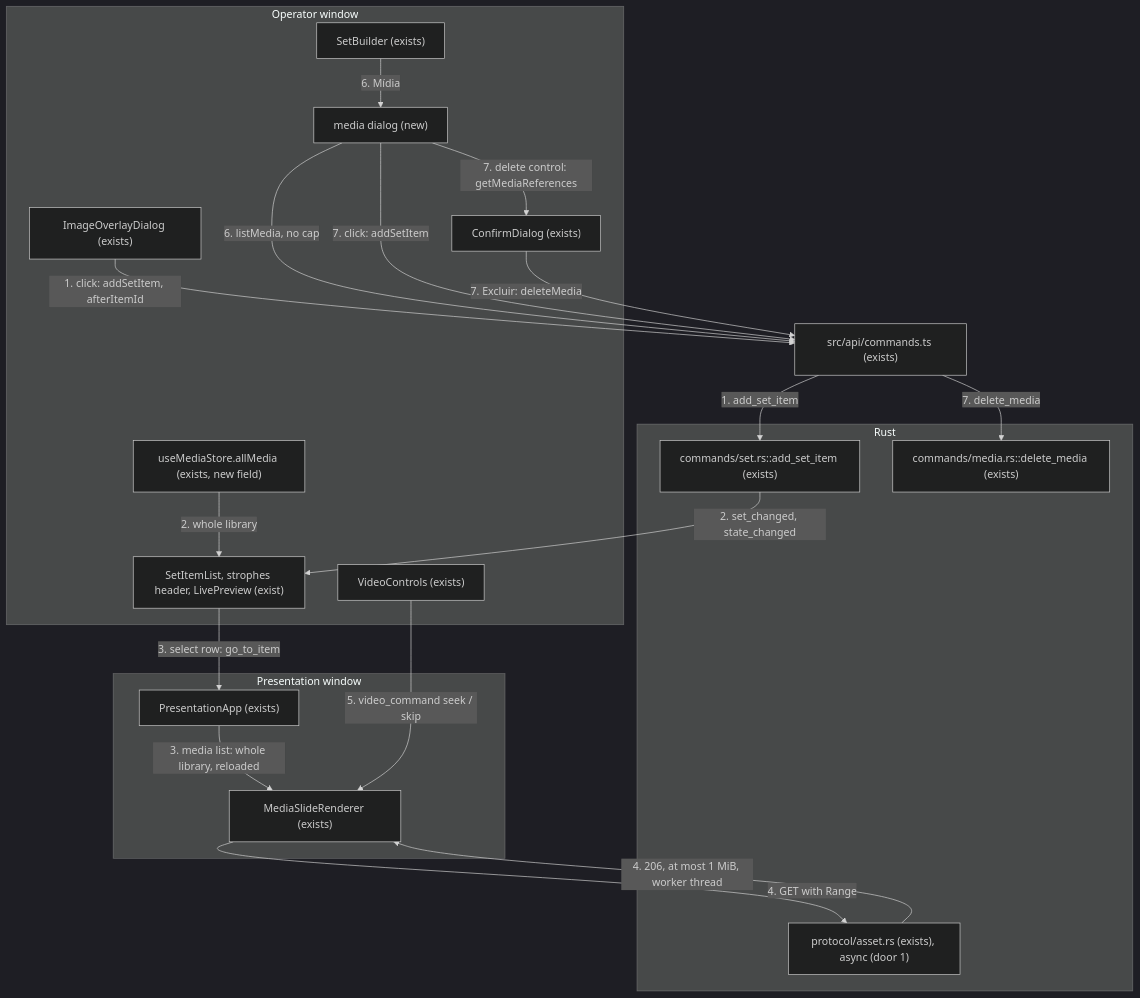
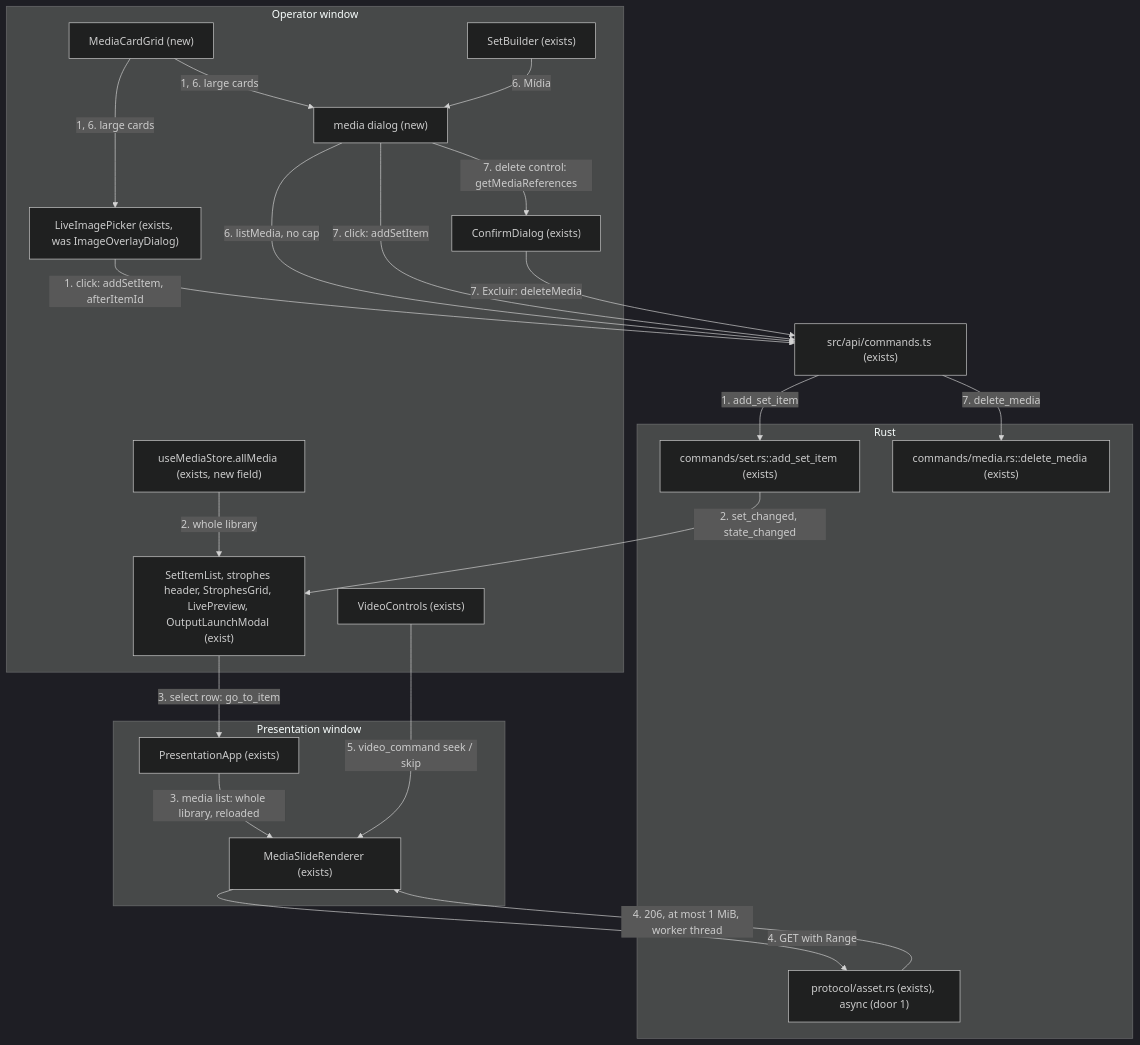
The first of 2 diagrams in .specs/features/phase24-image-set-video-seek-media-modal/plan.md (Vinnissaum/lyrizzy), drawn with Mermaid (dark theme) before and after one commit. The commit also changed other lines of this file and 21 other files, not shown here.

First line of the commit message:
feat(presentation): add a picked image to the set instead of projecting it

````diff
--- a/.specs/features/phase24-image-set-video-seek-media-modal/plan.md
+++ b/.specs/features/phase24-image-set-video-seek-media-modal/plan.md
@@ -78,37 +78,40 @@
 ```mermaid
 flowchart TD
     subgraph Operator window
-        IOD["ImageOverlayDialog (exists)"]
-        SIL["SetItemList, strophes header, LivePreview (exist)"]
+        IOD["LiveImagePicker (exists, was ImageOverlayDialog)"]
+        SIL["SetItemList, strophes header, StrophesGrid, LivePreview, OutputLaunchModal (exist)"]
+        GRID["MediaCardGrid (new)"]
         MST["useMediaStore.allMedia (exists, new field)"]
         VC["VideoControls (exists)"]
         SB["SetBuilder (exists)"]
         MD["media dialog (new)"]
         CD["ConfirmDialog (exists)"]
     end
     API["src/api/commands.ts (exists)"]
     subgraph Rust
         ADD["commands/set.rs::add_set_item (exists)"]
         DEL["commands/media.rs::delete_media (exists)"]
         AP["protocol/asset.rs (exists), async (door 1)"]
     end
     subgraph Presentation window
         PA["PresentationApp (exists)"]
         MSR["MediaSlideRenderer (exists)"]
     end
     IOD -->|"1. click: addSetItem, afterItemId"| API
     API -->|"1. add_set_item"| ADD
     ADD -->|"2. set_changed, state_changed"| SIL
     MST -->|"2. whole library"| SIL
     SIL -->|"3. select row: go_to_item"| PA
     PA -->|"3. media list: whole library, reloaded"| MSR
     MSR -->|"4. GET with Range"| AP
     AP -->|"4. 206, at most 1 MiB, worker thread"| MSR
     VC -->|"5. video_command seek / skip"| MSR
     SB -->|"6. Mídia"| MD
+    GRID -->|"1, 6. large cards"| IOD
+    GRID -->|"1, 6. large cards"| MD
     MD -->|"6. listMedia, no cap"| API
     MD -->|"7. click: addSetItem"| API
     MD -->|"7. delete control: getMediaReferences"| CD
     CD -->|"7. Excluir: deleteMedia"| API
     API -->|"7. delete_media"| DEL
 ```
````
